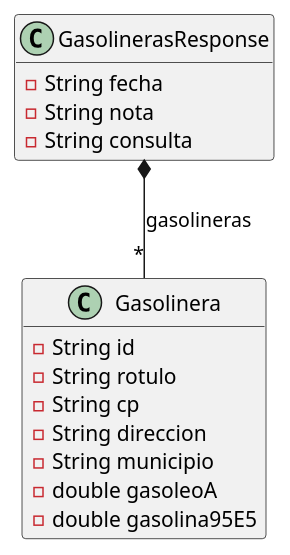
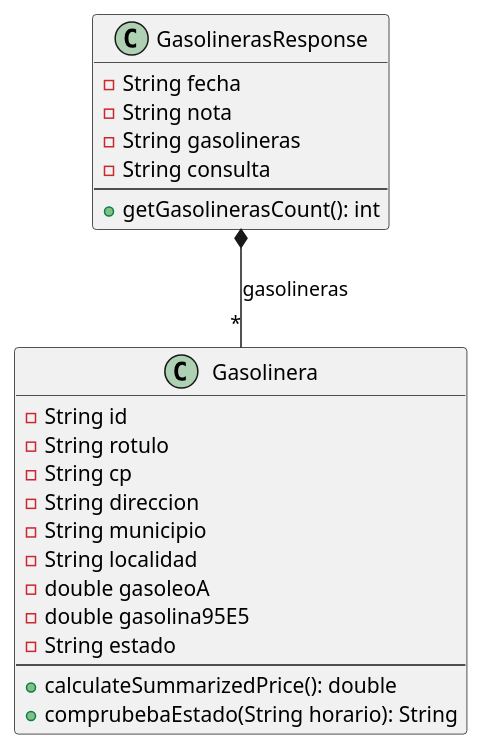
The diagram in Docs/Models/domain.puml (isunican/App-Gasolineras-Grupo5), drawn with PlantUML before and after one commit. The commit also changed 3 other files, not shown here.

```diff
--- a/Docs/Models/domain.puml
+++ b/Docs/Models/domain.puml
@@ -1,23 +1,31 @@
 @startuml
 
 hide empty members
 
 class Gasolinera {
     - String id
     - String rotulo
     - String cp
     - String direccion
     - String municipio
+    - String localidad
     - double gasoleoA
     - double gasolina95E5
+    - String estado
+    --
+    + calculateSummarizedPrice(): double
+    + comprubebaEstado(String horario): String
 }
 
 class GasolinerasResponse {
     - String fecha
     - String nota
+    - String gasolineras        
     - String consulta
+    --
+    + getGasolinerasCount(): int
 }
 
 GasolinerasResponse *-- "*" Gasolinera : gasolineras
 
 @enduml
```
